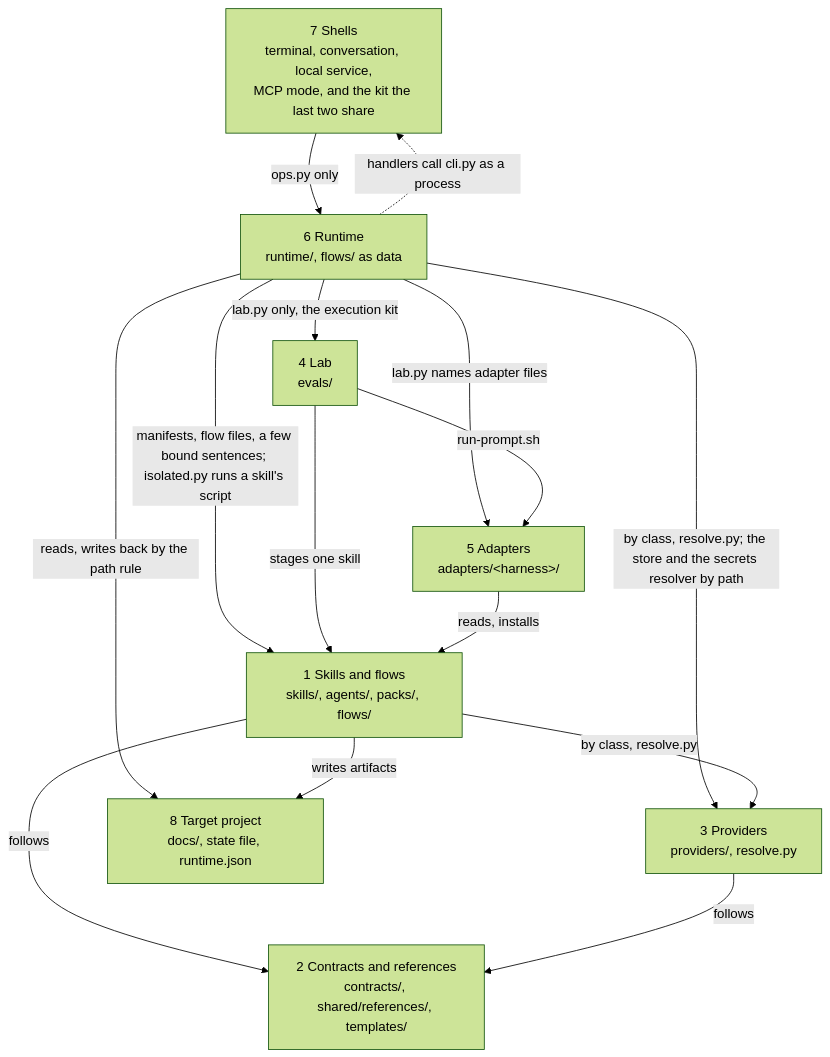
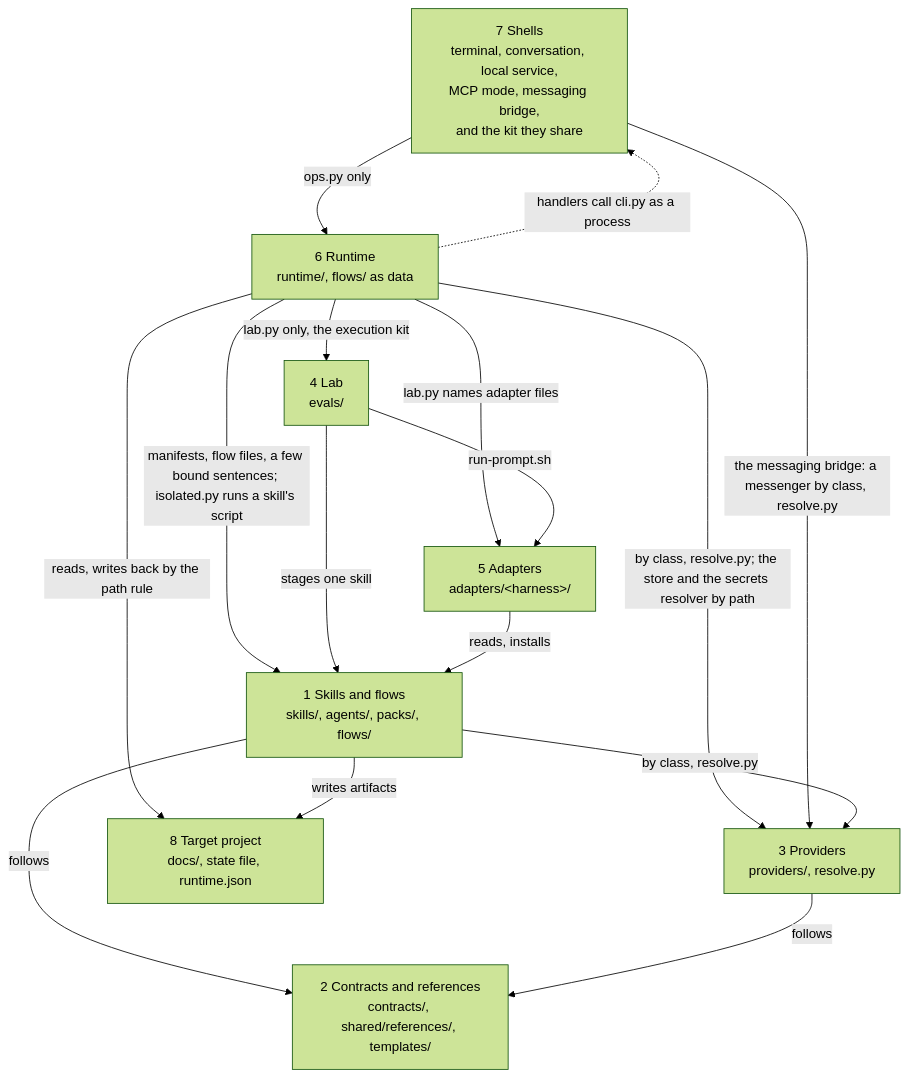
Before and after one commit to chrissgon/openhora: the first of 2 diagrams in docs/architecture/platform/README.md, drawn with Mermaid (forest theme). The commit also changed other lines of this file and 286 other files, not shown here.

````diff
--- a/docs/architecture/platform/README.md
+++ b/docs/architecture/platform/README.md
@@ -69,26 +71,27 @@
 ```mermaid
 flowchart TB
-    L7["7 Shells<br/>terminal, conversation, local service,<br/>MCP mode, and the kit the last two share"]
+    L7["7 Shells<br/>terminal, conversation, local service,<br/>MCP mode, messaging bridge,<br/>and the kit they share"]
     L6["6 Runtime<br/>runtime/, flows/ as data"]
     L5["5 Adapters<br/>adapters/&lt;harness&gt;/"]
     L4["4 Lab<br/>evals/"]
     L3["3 Providers<br/>providers/, resolve.py"]
     L2["2 Contracts and references<br/>contracts/, shared/references/, templates/"]
     L1["1 Skills and flows<br/>skills/, agents/, packs/, flows/"]
     L8["8 Target project<br/>docs/, state file, runtime.json"]
 
     L7 -->|"ops.py only"| L6
     L6 -.->|"handlers call cli.py as a process"| L7
     L6 -->|"lab.py only, the execution kit"| L4
     L6 -->|"lab.py names adapter files"| L5
     L6 -->|"by class, resolve.py; the store and the secrets resolver by path"| L3
+    L7 -->|"the messaging bridge: a messenger by class, resolve.py"| L3
     L6 -->|"manifests, flow files, a few bound sentences; isolated.py runs a skill's script"| L1
     L6 -->|"reads, writes back by the path rule"| L8
     L4 -->|"stages one skill"| L1
     L4 -->|"run-prompt.sh"| L5
     L5 -->|"reads, installs"| L1
     L1 -->|"follows"| L2
     L3 -->|"follows"| L2
     L1 -->|"writes artifacts"| L8
     L1 -->|"by class, resolve.py"| L3
 ```
````
